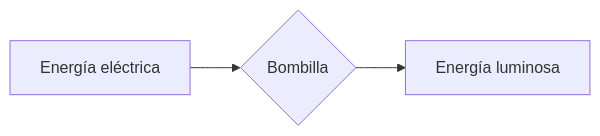
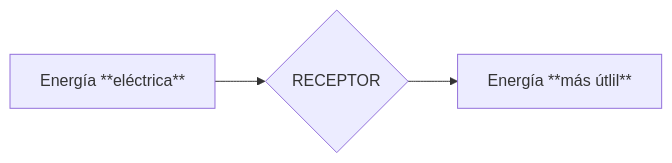
The second of 5 diagrams in docs/4_1_componentes_elec.md (citius70/electricidad_nueva-tecnologia-1eso), drawn with Mermaid before and after one commit. The commit also changed other lines of this file and 233 other files, not shown here.

````diff
--- a/docs/4_1_componentes_elec.md
+++ b/docs/4_1_componentes_elec.md
@@ -62,5 +50,5 @@
 ``` mermaid
 graph LR
-  A[Energía eléctrica] --> B{Bombilla};
-  B --> E[Energía luminosa];
+  A[Energía **eléctrica**] --> B{RECEPTOR};
+  B --> E[Energía **más útlil**];
 ```
````
